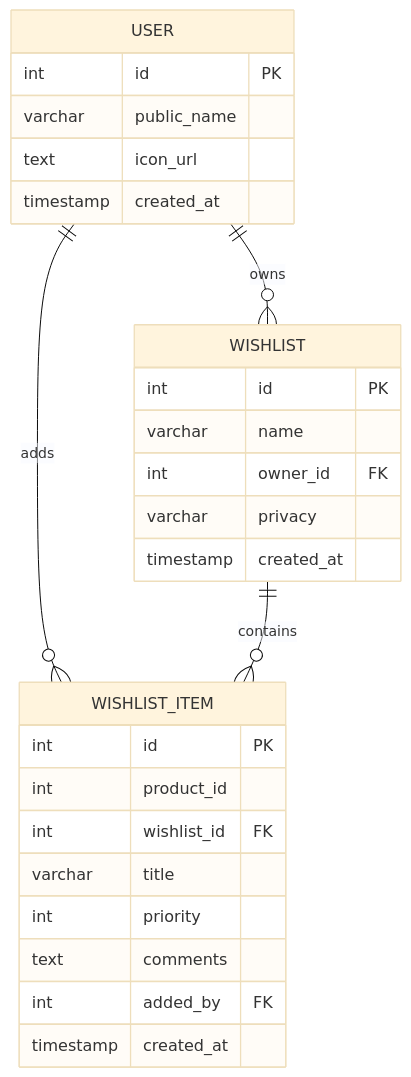
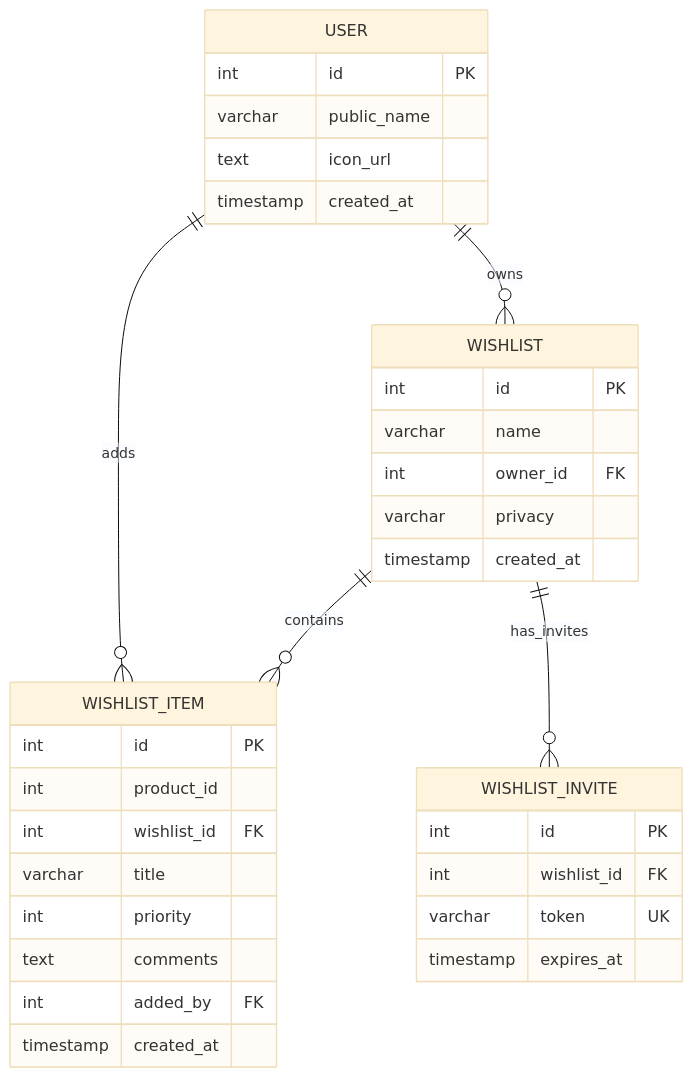
One commit to eeshazro/wishlist changed the diagram in database_erd_basic.md. Above: the diagram before and after it, drawn with Mermaid (base theme). The commit also changed other lines of this file, not shown here.

Commit message:
diagram basic changed

````diff
--- a/database_erd_basic.md
+++ b/database_erd_basic.md
@@ -5,35 +5,44 @@
 ```mermaid
 erDiagram
     %% User Schema
     USER {
         int id PK
         varchar public_name
         text icon_url
         timestamp created_at
     }
 
     %% Wishlist Schema
     WISHLIST {
         int id PK
         varchar name
         int owner_id FK
         varchar privacy
         timestamp created_at
     }
 
     WISHLIST_ITEM {
         int id PK
         int product_id
         int wishlist_id FK
         varchar title
         int priority
         text comments
         int added_by FK
         timestamp created_at
     }
 
+    %% Simple Invitation Schema (View-Only)
+    WISHLIST_INVITE {
+        int id PK
+        int wishlist_id FK
+        varchar token UK
+        timestamp expires_at
+    }
+
     %% Relationships
     USER ||--o{ WISHLIST : "owns"
     USER ||--o{ WISHLIST_ITEM : "adds"
     WISHLIST ||--o{ WISHLIST_ITEM : "contains"
+    WISHLIST ||--o{ WISHLIST_INVITE : "has_invites"
 ```
````
